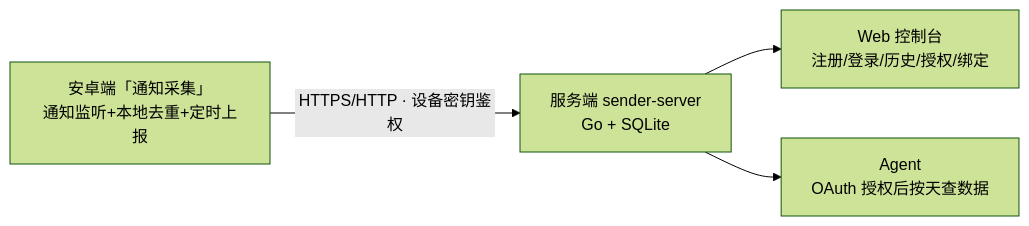
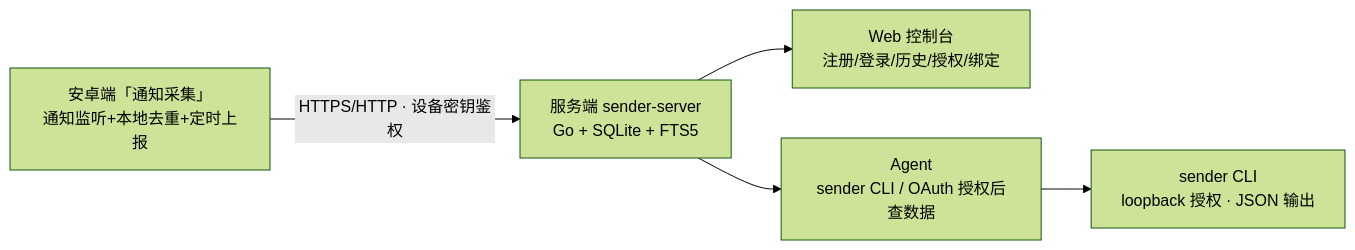
The diagram in README.md (FlashingChen/Sender), drawn with Mermaid (forest theme) before and after one commit. The commit also changed other lines of this file and 3 other files, not shown here.

````diff
--- a/README.md
+++ b/README.md
@@ -5,6 +5,7 @@
 ```mermaid
 flowchart LR
-    A[安卓端「通知采集」<br/>通知监听+本地去重+定时上报] -->|HTTPS/HTTP · 设备密钥鉴权| B[服务端 sender-server<br/>Go + SQLite]
+    A[安卓端「通知采集」<br/>通知监听+本地去重+定时上报] -->|HTTPS/HTTP · 设备密钥鉴权| B[服务端 sender-server<br/>Go + SQLite + FTS5]
     B --> C[Web 控制台<br/>注册/登录/历史/授权/绑定]
-    B --> D[Agent<br/>OAuth 授权后按天查数据]
+    B --> D[Agent<br/>sender CLI / OAuth 授权后查数据]
+    D --> E[sender CLI<br/>loopback 授权 · JSON 输出]
 ```
````
